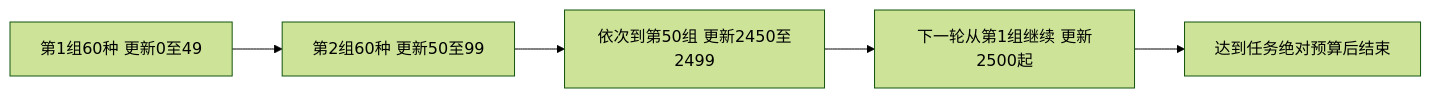
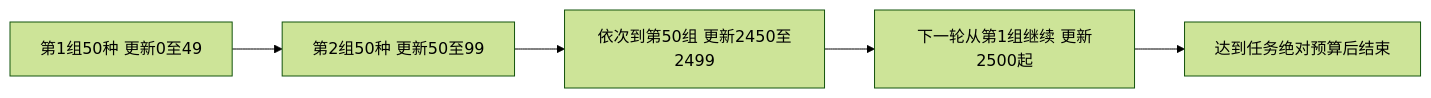
One commit to jianing801/robo_cjl changed the diagram in docs/结构分组轮换训练方法.md. Above: the diagram before and after it, drawn with Mermaid (forest theme). The commit also changed other lines of this file and 63 other files, not shown here.

````diff
--- a/docs/结构分组轮换训练方法.md
+++ b/docs/结构分组轮换训练方法.md
@@ -97,7 +97,7 @@
 ```mermaid
 flowchart LR
-    A[第1组60种 更新0至49] --> B[第2组60种 更新50至99]
+    A[第1组50种 更新0至49] --> B[第2组50种 更新50至99]
     B --> C[依次到第50组 更新2450至2499]
     C --> D[下一轮从第1组继续 更新2500起]
     D --> E[达到任务绝对预算后结束]
 ```
````
